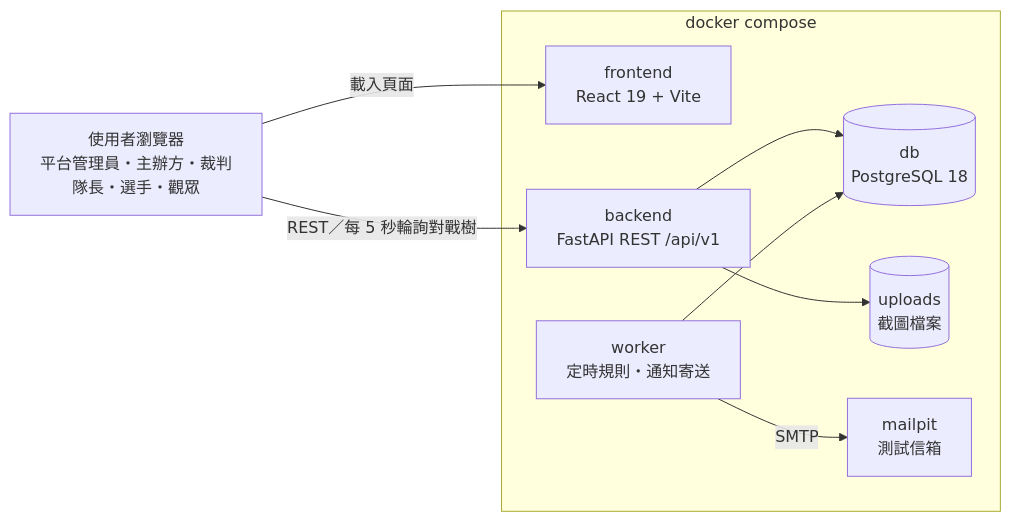
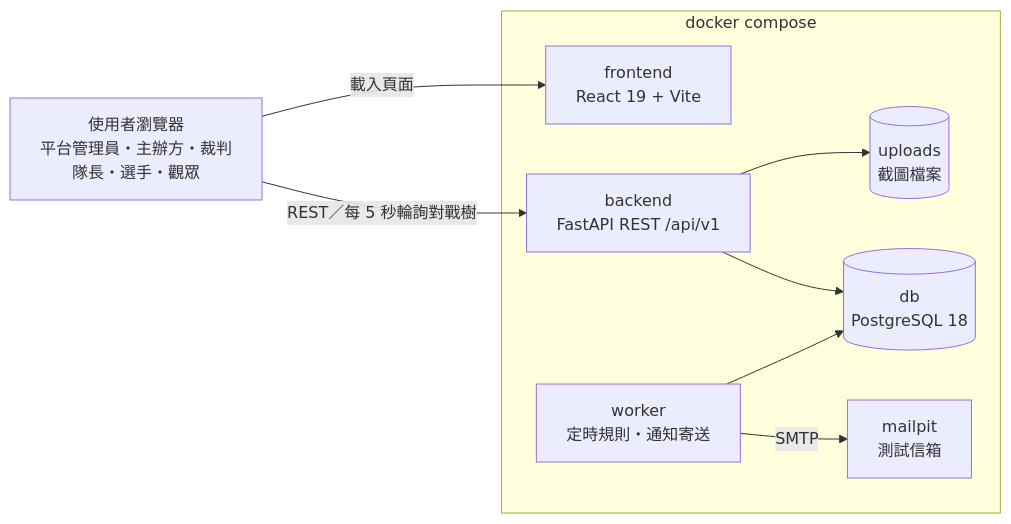
Before and after one commit to Team14good/esport-platform: the first of 6 diagrams in docs/midterm/C-軟體設計文件.md, drawn with Mermaid. The commit also changed other lines of this file and 11 other files, not shown here.

First line of the commit message:
docs: 簡化期中文件 B、C 的圖面 (#83)

````diff
--- a/docs/midterm/C-軟體設計文件.md
+++ b/docs/midterm/C-軟體設計文件.md
@@ -39,18 +41,18 @@
 ```mermaid
 flowchart LR
   user["使用者瀏覽器<br/>平台管理員・主辦方・裁判<br/>隊長・選手・觀眾"]
   subgraph compose["docker compose"]
     fe["frontend<br/>React 19 + Vite"]
     be["backend<br/>FastAPI REST /api/v1"]
     wk["worker<br/>定時規則・通知寄送"]
     db[("db<br/>PostgreSQL 18")]
     up[("uploads<br/>截圖檔案")]
     mp["mailpit<br/>測試信箱"]
   end
   user -->|載入頁面| fe
   user -->|"REST／每 5 秒輪詢對戰樹"| be
+  be --> up
   be --> db
-  be --> up
   wk --> db
   wk -->|SMTP| mp
 ```
````
